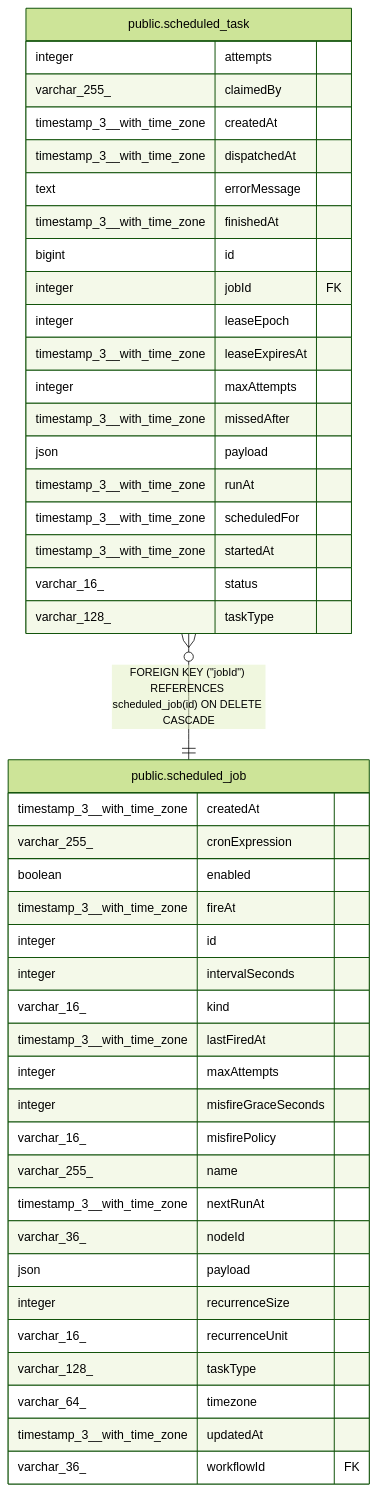
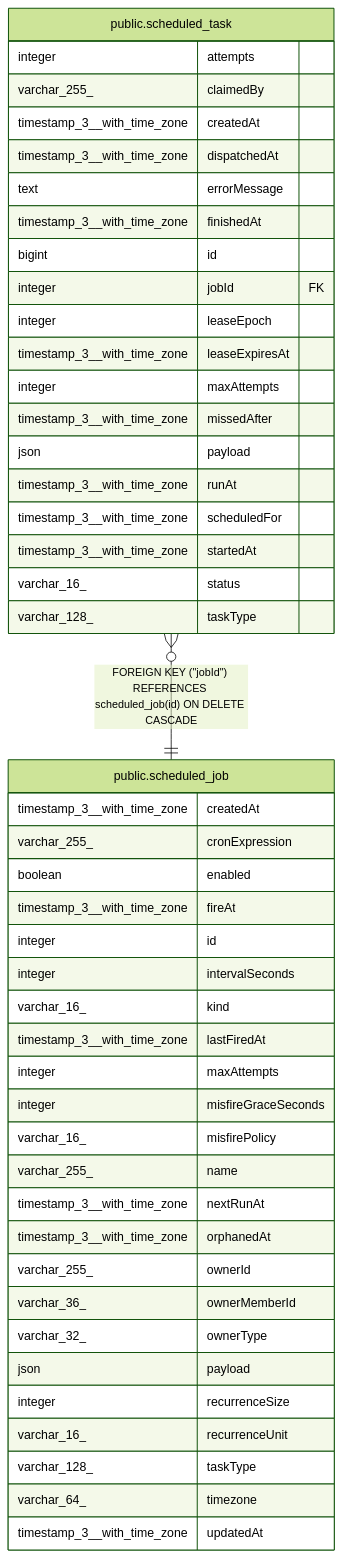
The diagram in docs/generated/postgres-schema/public.scheduled_task.md (RukshanAmodya/Aethera), drawn with Mermaid (forest theme) before and after one commit. The commit also changed 1982 other files, not shown here.

````diff
--- a/docs/generated/postgres-schema/public.scheduled_task.md
+++ b/docs/generated/postgres-schema/public.scheduled_task.md
@@ -59,49 +59,51 @@
 ```mermaid
 erDiagram
 
 "public.scheduled_task" }o--|| "public.scheduled_job" : "FOREIGN KEY (#quot;jobId#quot;) REFERENCES scheduled_job(id) ON DELETE CASCADE"
 
 "public.scheduled_task" {
   integer attempts
   varchar_255_ claimedBy
   timestamp_3__with_time_zone createdAt
   timestamp_3__with_time_zone dispatchedAt
   text errorMessage
   timestamp_3__with_time_zone finishedAt
   bigint id
   integer jobId FK
   integer leaseEpoch
   timestamp_3__with_time_zone leaseExpiresAt
   integer maxAttempts
   timestamp_3__with_time_zone missedAfter
   json payload
   timestamp_3__with_time_zone runAt
   timestamp_3__with_time_zone scheduledFor
   timestamp_3__with_time_zone startedAt
   varchar_16_ status
   varchar_128_ taskType
 }
 "public.scheduled_job" {
   timestamp_3__with_time_zone createdAt
   varchar_255_ cronExpression
   boolean enabled
   timestamp_3__with_time_zone fireAt
   integer id
   integer intervalSeconds
   varchar_16_ kind
   timestamp_3__with_time_zone lastFiredAt
   integer maxAttempts
   integer misfireGraceSeconds
   varchar_16_ misfirePolicy
   varchar_255_ name
   timestamp_3__with_time_zone nextRunAt
-  varchar_36_ nodeId
+  timestamp_3__with_time_zone orphanedAt
+  varchar_255_ ownerId
+  varchar_36_ ownerMemberId
+  varchar_32_ ownerType
   json payload
   integer recurrenceSize
   varchar_16_ recurrenceUnit
   varchar_128_ taskType
   varchar_64_ timezone
   timestamp_3__with_time_zone updatedAt
-  varchar_36_ workflowId FK
 }
 ```
````
